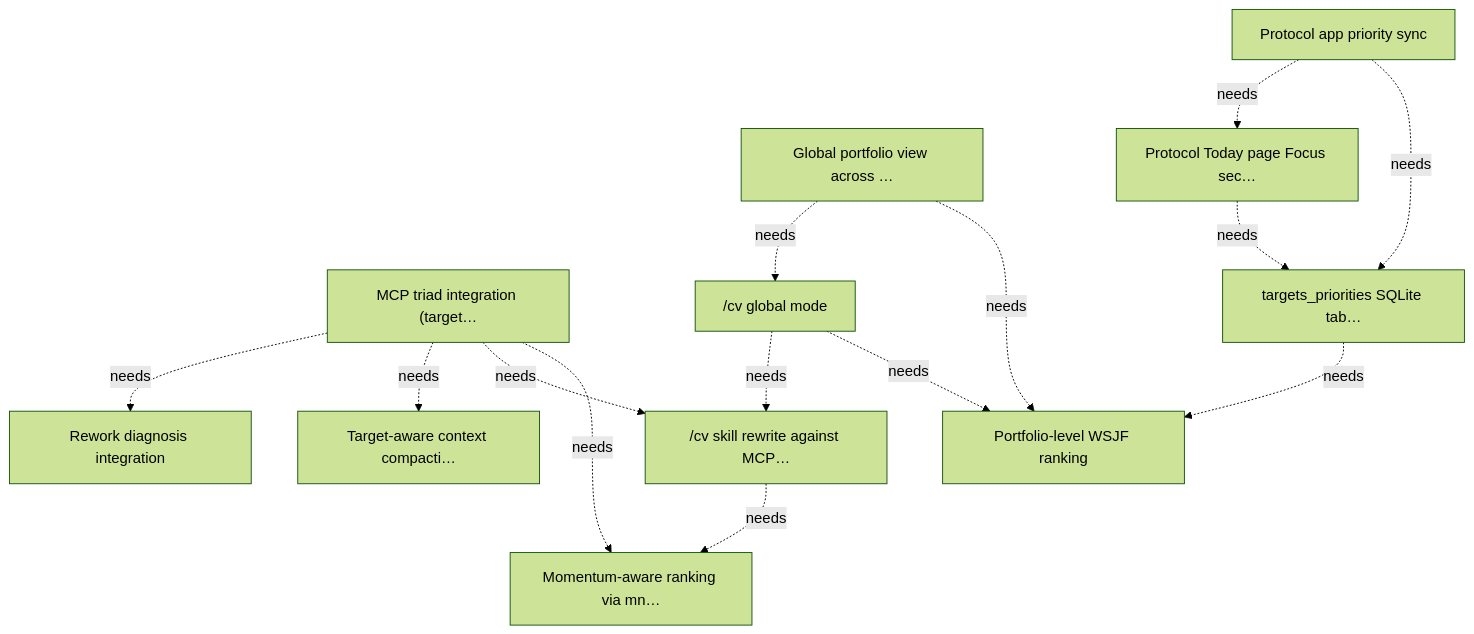
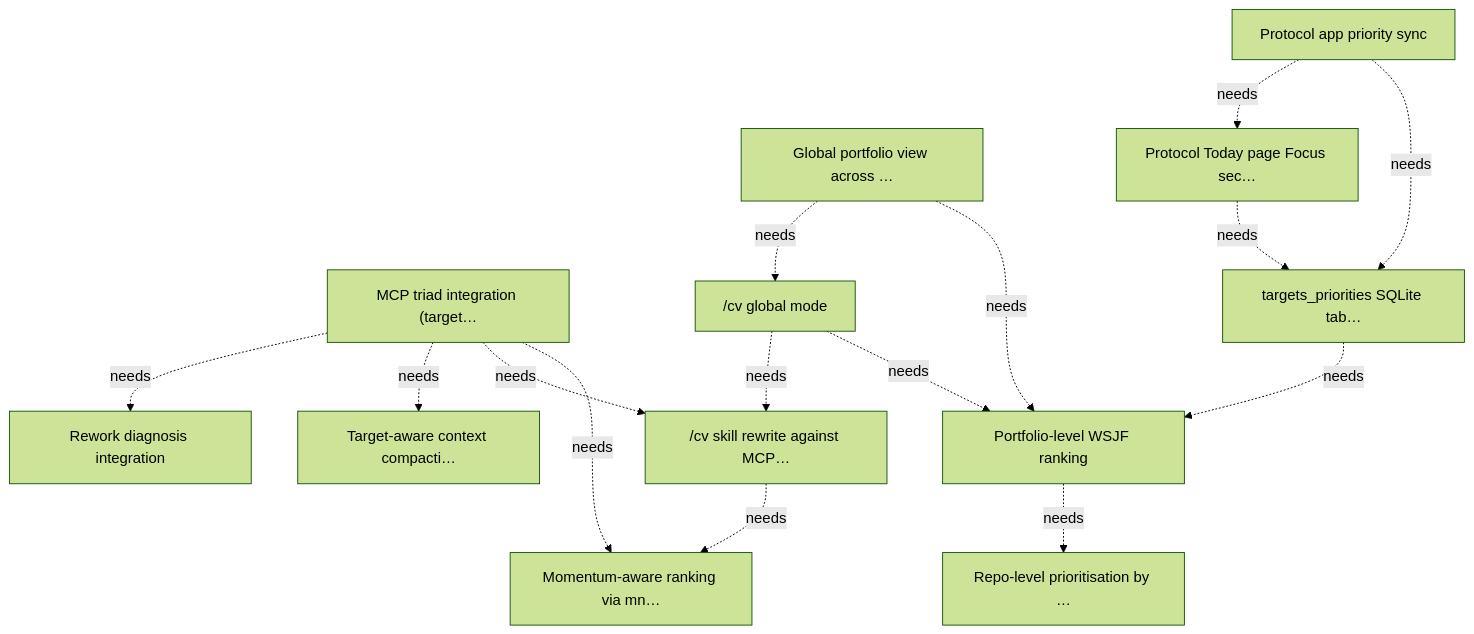
The diagram in docs/targets.md (marcelocantos/bullseye), drawn with Mermaid (forest theme) before and after one commit. The commit also changed other lines of this file and 11 other files, not shown here.

First line of the commit message:
Repo-level prioritisation by observable checkpoint path (🎯T7) (#27)

````diff
--- a/docs/targets.md
+++ b/docs/targets.md
@@ -374,27 +390,29 @@
 ```mermaid
 graph TD
     T1["MCP triad integration (target…"]
     T1_2["Momentum-aware ranking via mn…"]
     T1_3["/cv skill rewrite against MCP…"]
     T1_4["Target-aware context compacti…"]
     T1_5["Rework diagnosis integration"]
     T2["Global portfolio view across …"]
     T2_3["Portfolio-level WSJF ranking"]
     T2_4["/cv global mode"]
     T3["Protocol app priority sync"]
     T3_1["targets_priorities SQLite tab…"]
     T3_2["Protocol Today page Focus sec…"]
+    T7["Repo-level prioritisation by …"]
     T1 -.->|needs| T1_2
     T1 -.->|needs| T1_3
     T1 -.->|needs| T1_4
     T1 -.->|needs| T1_5
     T1_3 -.->|needs| T1_2
     T2 -.->|needs| T2_3
     T2 -.->|needs| T2_4
+    T2_3 -.->|needs| T7
     T2_4 -.->|needs| T2_3
     T2_4 -.->|needs| T1_3
     T3 -.->|needs| T3_1
     T3 -.->|needs| T3_2
     T3_1 -.->|needs| T2_3
     T3_2 -.->|needs| T3_1
 ```
````
